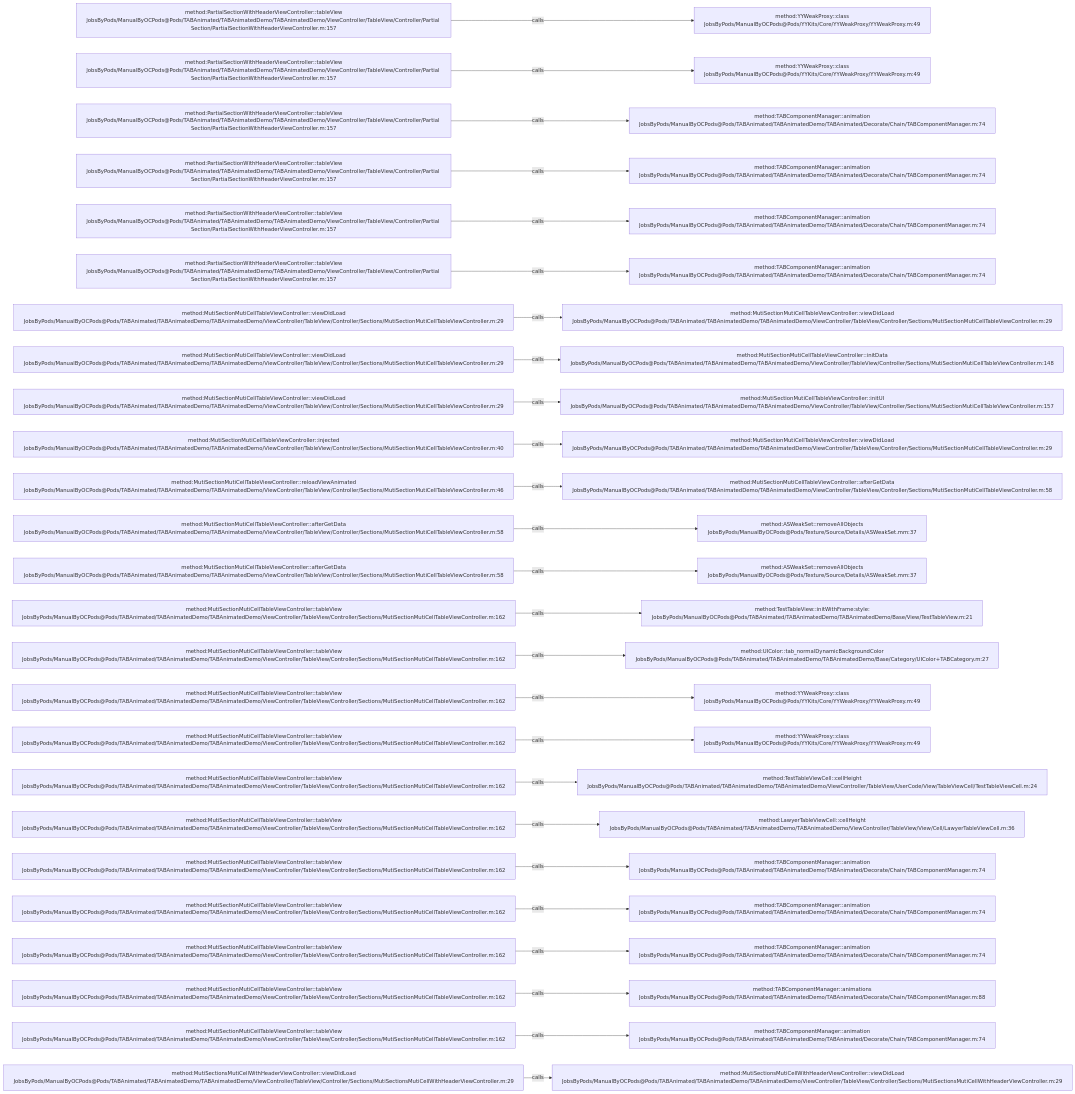
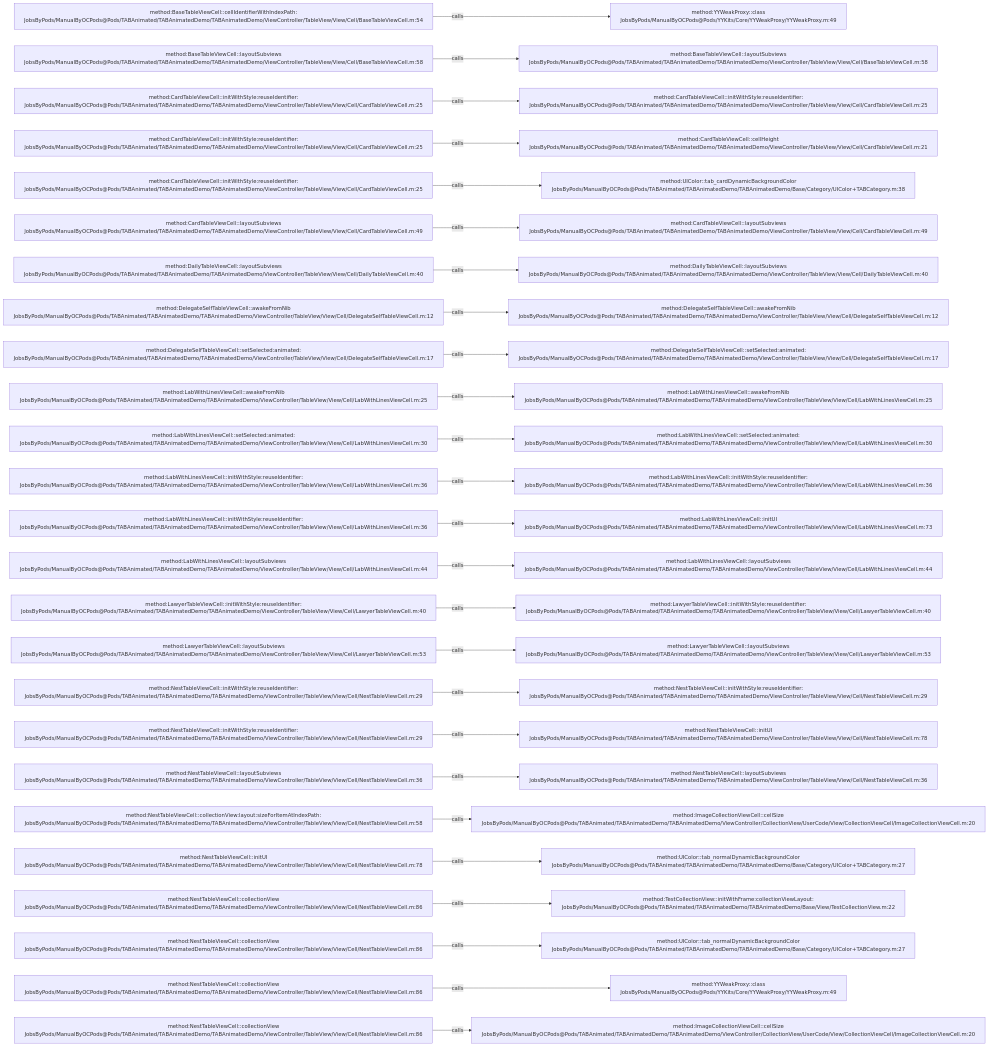
One commit to JobsKits/JobsOCBaseConfigDemo changed the diagram in .codegraph/codegraph.md/graphs/calls-069.md. Above: the diagram before and after it, drawn with Mermaid. The commit also changed 1223 other files, not shown here.

````diff
--- a/.codegraph/codegraph.md/graphs/calls-069.md
+++ b/.codegraph/codegraph.md/graphs/calls-069.md
@@ -13,78 +13,78 @@
 ```mermaid
 flowchart LR
-  S1["method:PartialSectionWithHeaderViewController::tableView<br/>JobsByPods/ManualByOCPods@Pods/TABAnimated/TABAnimatedDemo/TABAnimatedDemo/ViewController/TableView/Controller/Partial Section/PartialSectionWithHeaderViewController.m:157"]
+  S1["method:BaseTableViewCell::cellIdentifierWithIndexPath:<br/>JobsByPods/ManualByOCPods@Pods/TABAnimated/TABAnimatedDemo/TABAnimatedDemo/ViewController/TableView/View/Cell/BaseTableViewCell.m:54"]
   T1["method:YYWeakProxy::class<br/>JobsByPods/ManualByOCPods@Pods/YYKits/Core/YYWeakProxy/YYWeakProxy.m:49"]
   S1 -->|calls| T1
-  S2["method:PartialSectionWithHeaderViewController::tableView<br/>JobsByPods/ManualByOCPods@Pods/TABAnimated/TABAnimatedDemo/TABAnimatedDemo/ViewController/TableView/Controller/Partial Section/PartialSectionWithHeaderViewController.m:157"]
-  T2["method:YYWeakProxy::class<br/>JobsByPods/ManualByOCPods@Pods/YYKits/Core/YYWeakProxy/YYWeakProxy.m:49"]
+  S2["method:BaseTableViewCell::layoutSubviews<br/>JobsByPods/ManualByOCPods@Pods/TABAnimated/TABAnimatedDemo/TABAnimatedDemo/ViewController/TableView/View/Cell/BaseTableViewCell.m:58"]
+  T2["method:BaseTableViewCell::layoutSubviews<br/>JobsByPods/ManualByOCPods@Pods/TABAnimated/TABAnimatedDemo/TABAnimatedDemo/ViewController/TableView/View/Cell/BaseTableViewCell.m:58"]
   S2 -->|calls| T2
-  S3["method:PartialSectionWithHeaderViewController::tableView<br/>JobsByPods/ManualByOCPods@Pods/TABAnimated/TABAnimatedDemo/TABAnimatedDemo/ViewController/TableView/Controller/Partial Section/PartialSectionWithHeaderViewController.m:157"]
-  T3["method:TABComponentManager::animation<br/>JobsByPods/ManualByOCPods@Pods/TABAnimated/TABAnimatedDemo/TABAnimated/Decorate/Chain/TABComponentManager.m:74"]
+  S3["method:CardTableViewCell::initWithStyle:reuseIdentifier:<br/>JobsByPods/ManualByOCPods@Pods/TABAnimated/TABAnimatedDemo/TABAnimatedDemo/ViewController/TableView/View/Cell/CardTableViewCell.m:25"]
+  T3["method:CardTableViewCell::initWithStyle:reuseIdentifier:<br/>JobsByPods/ManualByOCPods@Pods/TABAnimated/TABAnimatedDemo/TABAnimatedDemo/ViewController/TableView/View/Cell/CardTableViewCell.m:25"]
   S3 -->|calls| T3
-  S4["method:PartialSectionWithHeaderViewController::tableView<br/>JobsByPods/ManualByOCPods@Pods/TABAnimated/TABAnimatedDemo/TABAnimatedDemo/ViewController/TableView/Controller/Partial Section/PartialSectionWithHeaderViewController.m:157"]
-  T4["method:TABComponentManager::animation<br/>JobsByPods/ManualByOCPods@Pods/TABAnimated/TABAnimatedDemo/TABAnimated/Decorate/Chain/TABComponentManager.m:74"]
+  S4["method:CardTableViewCell::initWithStyle:reuseIdentifier:<br/>JobsByPods/ManualByOCPods@Pods/TABAnimated/TABAnimatedDemo/TABAnimatedDemo/ViewController/TableView/View/Cell/CardTableViewCell.m:25"]
+  T4["method:CardTableViewCell::cellHeight<br/>JobsByPods/ManualByOCPods@Pods/TABAnimated/TABAnimatedDemo/TABAnimatedDemo/ViewController/TableView/View/Cell/CardTableViewCell.m:21"]
   S4 -->|calls| T4
-  S5["method:PartialSectionWithHeaderViewController::tableView<br/>JobsByPods/ManualByOCPods@Pods/TABAnimated/TABAnimatedDemo/TABAnimatedDemo/ViewController/TableView/Controller/Partial Section/PartialSectionWithHeaderViewController.m:157"]
-  T5["method:TABComponentManager::animation<br/>JobsByPods/ManualByOCPods@Pods/TABAnimated/TABAnimatedDemo/TABAnimated/Decorate/Chain/TABComponentManager.m:74"]
+  S5["method:CardTableViewCell::initWithStyle:reuseIdentifier:<br/>JobsByPods/ManualByOCPods@Pods/TABAnimated/TABAnimatedDemo/TABAnimatedDemo/ViewController/TableView/View/Cell/CardTableViewCell.m:25"]
+  T5["method:UIColor::tab_cardDynamicBackgroundColor<br/>JobsByPods/ManualByOCPods@Pods/TABAnimated/TABAnimatedDemo/TABAnimatedDemo/Base/Category/UIColor+TABCategory.m:38"]
   S5 -->|calls| T5
-  S6["method:PartialSectionWithHeaderViewController::tableView<br/>JobsByPods/ManualByOCPods@Pods/TABAnimated/TABAnimatedDemo/TABAnimatedDemo/ViewController/TableView/Controller/Partial Section/PartialSectionWithHeaderViewController.m:157"]
-  T6["method:TABComponentManager::animation<br/>JobsByPods/ManualByOCPods@Pods/TABAnimated/TABAnimatedDemo/TABAnimated/Decorate/Chain/TABComponentManager.m:74"]
+  S6["method:CardTableViewCell::layoutSubviews<br/>JobsByPods/ManualByOCPods@Pods/TABAnimated/TABAnimatedDemo/TABAnimatedDemo/ViewController/TableView/View/Cell/CardTableViewCell.m:49"]
+  T6["method:CardTableViewCell::layoutSubviews<br/>JobsByPods/ManualByOCPods@Pods/TABAnimated/TABAnimatedDemo/TABAnimatedDemo/ViewController/TableView/View/Cell/CardTableViewCell.m:49"]
   S6 -->|calls| T6
-  S7["method:MutiSectionMutiCellTableViewController::viewDidLoad<br/>JobsByPods/ManualByOCPods@Pods/TABAnimated/TABAnimatedDemo/TABAnimatedDemo/ViewController/TableView/Controller/Sections/MutiSectionMutiCellTableViewController.m:29"]
-  T7["method:MutiSectionMutiCellTableViewController::viewDidLoad<br/>JobsByPods/ManualByOCPods@Pods/TABAnimated/TABAnimatedDemo/TABAnimatedDemo/ViewController/TableView/Controller/Sections/MutiSectionMutiCellTableViewController.m:29"]
+  S7["method:DailyTableViewCell::layoutSubviews<br/>JobsByPods/ManualByOCPods@Pods/TABAnimated/TABAnimatedDemo/TABAnimatedDemo/ViewController/TableView/View/Cell/DailyTableViewCell.m:40"]
+  T7["method:DailyTableViewCell::layoutSubviews<br/>JobsByPods/ManualByOCPods@Pods/TABAnimated/TABAnimatedDemo/TABAnimatedDemo/ViewController/TableView/View/Cell/DailyTableViewCell.m:40"]
   S7 -->|calls| T7
-  S8["method:MutiSectionMutiCellTableViewController::viewDidLoad<br/>JobsByPods/ManualByOCPods@Pods/TABAnimated/TABAnimatedDemo/TABAnimatedDemo/ViewController/TableView/Controller/Sections/MutiSectionMutiCellTableViewController.m:29"]
-  T8["method:MutiSectionMutiCellTableViewController::initData<br/>JobsByPods/ManualByOCPods@Pods/TABAnimated/TABAnimatedDemo/TABAnimatedDemo/ViewController/TableView/Controller/Sections/MutiSectionMutiCellTableViewController.m:148"]
+  S8["method:DelegateSelfTableViewCell::awakeFromNib<br/>JobsByPods/ManualByOCPods@Pods/TABAnimated/TABAnimatedDemo/TABAnimatedDemo/ViewController/TableView/View/Cell/DelegateSelfTableViewCell.m:12"]
+  T8["method:DelegateSelfTableViewCell::awakeFromNib<br/>JobsByPods/ManualByOCPods@Pods/TABAnimated/TABAnimatedDemo/TABAnimatedDemo/ViewController/TableView/View/Cell/DelegateSelfTableViewCell.m:12"]
   S8 -->|calls| T8
-  S9["method:MutiSectionMutiCellTableViewController::viewDidLoad<br/>JobsByPods/ManualByOCPods@Pods/TABAnimated/TABAnimatedDemo/TABAnimatedDemo/ViewController/TableView/Controller/Sections/MutiSectionMutiCellTableViewController.m:29"]
-  T9["method:MutiSectionMutiCellTableViewController::initUI<br/>JobsByPods/ManualByOCPods@Pods/TABAnimated/TABAnimatedDemo/TABAnimatedDemo/ViewController/TableView/Controller/Sections/MutiSectionMutiCellTableViewController.m:157"]
+  S9["method:DelegateSelfTableViewCell::setSelected:animated:<br/>JobsByPods/ManualByOCPods@Pods/TABAnimated/TABAnimatedDemo/TABAnimatedDemo/ViewController/TableView/View/Cell/DelegateSelfTableViewCell.m:17"]
+  T9["method:DelegateSelfTableViewCell::setSelected:animated:<br/>JobsByPods/ManualByOCPods@Pods/TABAnimated/TABAnimatedDemo/TABAnimatedDemo/ViewController/TableView/View/Cell/DelegateSelfTableViewCell.m:17"]
   S9 -->|calls| T9
-  S10["method:MutiSectionMutiCellTableViewController::injected<br/>JobsByPods/ManualByOCPods@Pods/TABAnimated/TABAnimatedDemo/TABAnimatedDemo/ViewController/TableView/Controller/Sections/MutiSectionMutiCellTableViewController.m:40"]
-  T10["method:MutiSectionMutiCellTableViewController::viewDidLoad<br/>JobsByPods/ManualByOCPods@Pods/TABAnimated/TABAnimatedDemo/TABAnimatedDemo/ViewController/TableView/Controller/Sections/MutiSectionMutiCellTableViewController.m:29"]
+  S10["method:LabWithLinesViewCell::awakeFromNib<br/>JobsByPods/ManualByOCPods@Pods/TABAnimated/TABAnimatedDemo/TABAnimatedDemo/ViewController/TableView/View/Cell/LabWithLinesViewCell.m:25"]
+  T10["method:LabWithLinesViewCell::awakeFromNib<br/>JobsByPods/ManualByOCPods@Pods/TABAnimated/TABAnimatedDemo/TABAnimatedDemo/ViewController/TableView/View/Cell/LabWithLinesViewCell.m:25"]
   S10 -->|calls| T10
-  S11["method:MutiSectionMutiCellTableViewController::reloadViewAnimated<br/>JobsByPods/ManualByOCPods@Pods/TABAnimated/TABAnimatedDemo/TABAnimatedDemo/ViewController/TableView/Controller/Sections/MutiSectionMutiCellTableViewController.m:46"]
-  T11["method:MutiSectionMutiCellTableViewController::afterGetData<br/>JobsByPods/ManualByOCPods@Pods/TABAnimated/TABAnimatedDemo/TABAnimatedDemo/ViewController/TableView/Controller/Sections/MutiSectionMutiCellTableViewController.m:58"]
+  S11["method:LabWithLinesViewCell::setSelected:animated:<br/>JobsByPods/ManualByOCPods@Pods/TABAnimated/TABAnimatedDemo/TABAnimatedDemo/ViewController/TableView/View/Cell/LabWithLinesViewCell.m:30"]
+  T11["method:LabWithLinesViewCell::setSelected:animated:<br/>JobsByPods/ManualByOCPods@Pods/TABAnimated/TABAnimatedDemo/TABAnimatedDemo/ViewController/TableView/View/Cell/LabWithLinesViewCell.m:30"]
   S11 -->|calls| T11
-  S12["method:MutiSectionMutiCellTableViewController::afterGetData<br/>JobsByPods/ManualByOCPods@Pods/TABAnimated/TABAnimatedDemo/TABAnimatedDemo/ViewController/TableView/Controller/Sections/MutiSectionMutiCellTableViewController.m:58"]
-  T12["method:ASWeakSet::removeAllObjects<br/>JobsByPods/ManualByOCPods@Pods/Texture/Source/Details/ASWeakSet.mm:37"]
+  S12["method:LabWithLinesViewCell::initWithStyle:reuseIdentifier:<br/>JobsByPods/ManualByOCPods@Pods/TABAnimated/TABAnimatedDemo/TABAnimatedDemo/ViewController/TableView/View/Cell/LabWithLinesViewCell.m:36"]
+  T12["method:LabWithLinesViewCell::initWithStyle:reuseIdentifier:<br/>JobsByPods/ManualByOCPods@Pods/TABAnimated/TABAnimatedDemo/TABAnimatedDemo/ViewController/TableView/View/Cell/LabWithLinesViewCell.m:36"]
   S12 -->|calls| T12
-  S13["method:MutiSectionMutiCellTableViewController::afterGetData<br/>JobsByPods/ManualByOCPods@Pods/TABAnimated/TABAnimatedDemo/TABAnimatedDemo/ViewController/TableView/Controller/Sections/MutiSectionMutiCellTableViewController.m:58"]
-  T13["method:ASWeakSet::removeAllObjects<br/>JobsByPods/ManualByOCPods@Pods/Texture/Source/Details/ASWeakSet.mm:37"]
+  S13["method:LabWithLinesViewCell::initWithStyle:reuseIdentifier:<br/>JobsByPods/ManualByOCPods@Pods/TABAnimated/TABAnimatedDemo/TABAnimatedDemo/ViewController/TableView/View/Cell/LabWithLinesViewCell.m:36"]
+  T13["method:LabWithLinesViewCell::initUI<br/>JobsByPods/ManualByOCPods@Pods/TABAnimated/TABAnimatedDemo/TABAnimatedDemo/ViewController/TableView/View/Cell/LabWithLinesViewCell.m:73"]
   S13 -->|calls| T13
-  S14["method:MutiSectionMutiCellTableViewController::tableView<br/>JobsByPods/ManualByOCPods@Pods/TABAnimated/TABAnimatedDemo/TABAnimatedDemo/ViewController/TableView/Controller/Sections/MutiSectionMutiCellTableViewController.m:162"]
-  T14["method:TestTableView::initWithFrame:style:<br/>JobsByPods/ManualByOCPods@Pods/TABAnimated/TABAnimatedDemo/TABAnimatedDemo/Base/View/TestTableView.m:21"]
+  S14["method:LabWithLinesViewCell::layoutSubviews<br/>JobsByPods/ManualByOCPods@Pods/TABAnimated/TABAnimatedDemo/TABAnimatedDemo/ViewController/TableView/View/Cell/LabWithLinesViewCell.m:44"]
+  T14["method:LabWithLinesViewCell::layoutSubviews<br/>JobsByPods/ManualByOCPods@Pods/TABAnimated/TABAnimatedDemo/TABAnimatedDemo/ViewController/TableView/View/Cell/LabWithLinesViewCell.m:44"]
   S14 -->|calls| T14
-  S15["method:MutiSectionMutiCellTableViewController::tableView<br/>JobsByPods/ManualByOCPods@Pods/TABAnimated/TABAnimatedDemo/TABAnimatedDemo/ViewController/TableView/Controller/Sections/MutiSectionMutiCellTableViewController.m:162"]
-  T15["method:UIColor::tab_normalDynamicBackgroundColor<br/>JobsByPods/ManualByOCPods@Pods/TABAnimated/TABAnimatedDemo/TABAnimatedDemo/Base/Category/UIColor+TABCategory.m:27"]
+  S15["method:LawyerTableViewCell::initWithStyle:reuseIdentifier:<br/>JobsByPods/ManualByOCPods@Pods/TABAnimated/TABAnimatedDemo/TABAnimatedDemo/ViewController/TableView/View/Cell/LawyerTableViewCell.m:40"]
+  T15["method:LawyerTableViewCell::initWithStyle:reuseIdentifier:<br/>JobsByPods/ManualByOCPods@Pods/TABAnimated/TABAnimatedDemo/TABAnimatedDemo/ViewController/TableView/View/Cell/LawyerTableViewCell.m:40"]
   S15 -->|calls| T15
-  S16["method:MutiSectionMutiCellTableViewController::tableView<br/>JobsByPods/ManualByOCPods@Pods/TABAnimated/TABAnimatedDemo/TABAnimatedDemo/ViewController/TableView/Controller/Sections/MutiSectionMutiCellTableViewController.m:162"]
-  T16["method:YYWeakProxy::class<br/>JobsByPods/ManualByOCPods@Pods/YYKits/Core/YYWeakProxy/YYWeakProxy.m:49"]
+  S16["method:LawyerTableViewCell::layoutSubviews<br/>JobsByPods/ManualByOCPods@Pods/TABAnimated/TABAnimatedDemo/TABAnimatedDemo/ViewController/TableView/View/Cell/LawyerTableViewCell.m:53"]
+  T16["method:LawyerTableViewCell::layoutSubviews<br/>JobsByPods/ManualByOCPods@Pods/TABAnimated/TABAnimatedDemo/TABAnimatedDemo/ViewController/TableView/View/Cell/LawyerTableViewCell.m:53"]
   S16 -->|calls| T16
-  S17["method:MutiSectionMutiCellTableViewController::tableView<br/>JobsByPods/ManualByOCPods@Pods/TABAnimated/TABAnimatedDemo/TABAnimatedDemo/ViewController/TableView/Controller/Sections/MutiSectionMutiCellTableViewController.m:162"]
-  T17["method:YYWeakProxy::class<br/>JobsByPods/ManualByOCPods@Pods/YYKits/Core/YYWeakProxy/YYWeakProxy.m:49"]
+  S17["method:NestTableViewCell::initWithStyle:reuseIdentifier:<br/>JobsByPods/ManualByOCPods@Pods/TABAnimated/TABAnimatedDemo/TABAnimatedDemo/ViewController/TableView/View/Cell/NestTableViewCell.m:29"]
+  T17["method:NestTableViewCell::initWithStyle:reuseIdentifier:<br/>JobsByPods/ManualByOCPods@Pods/TABAnimated/TABAnimatedDemo/TABAnimatedDemo/ViewController/TableView/View/Cell/NestTableViewCell.m:29"]
   S17 -->|calls| T17
-  S18["method:MutiSectionMutiCellTableViewController::tableView<br/>JobsByPods/ManualByOCPods@Pods/TABAnimated/TABAnimatedDemo/TABAnimatedDemo/ViewController/TableView/Controller/Sections/MutiSectionMutiCellTableViewController.m:162"]
-  T18["method:TestTableViewCell::cellHeight<br/>JobsByPods/ManualByOCPods@Pods/TABAnimated/TABAnimatedDemo/TABAnimatedDemo/ViewController/TableView/UserCode/View/TableViewCell/TestTableViewCell.m:24"]
+  S18["method:NestTableViewCell::initWithStyle:reuseIdentifier:<br/>JobsByPods/ManualByOCPods@Pods/TABAnimated/TABAnimatedDemo/TABAnimatedDemo/ViewController/TableView/View/Cell/NestTableViewCell.m:29"]
+  T18["method:NestTableViewCell::initUI<br/>JobsByPods/ManualByOCPods@Pods/TABAnimated/TABAnimatedDemo/TABAnimatedDemo/ViewController/TableView/View/Cell/NestTableViewCell.m:78"]
   S18 -->|calls| T18
-  S19["method:MutiSectionMutiCellTableViewController::tableView<br/>JobsByPods/ManualByOCPods@Pods/TABAnimated/TABAnimatedDemo/TABAnimatedDemo/ViewController/TableView/Controller/Sections/MutiSectionMutiCellTableViewController.m:162"]
-  T19["method:LawyerTableViewCell::cellHeight<br/>JobsByPods/ManualByOCPods@Pods/TABAnimated/TABAnimatedDemo/TABAnimatedDemo/ViewController/TableView/View/Cell/LawyerTableViewCell.m:36"]
+  S19["method:NestTableViewCell::layoutSubviews<br/>JobsByPods/ManualByOCPods@Pods/TABAnimated/TABAnimatedDemo/TABAnimatedDemo/ViewController/TableView/View/Cell/NestTableViewCell.m:36"]
+  T19["method:NestTableViewCell::layoutSubviews<br/>JobsByPods/ManualByOCPods@Pods/TABAnimated/TABAnimatedDemo/TABAnimatedDemo/ViewController/TableView/View/Cell/NestTableViewCell.m:36"]
   S19 -->|calls| T19
-  S20["method:MutiSectionMutiCellTableViewController::tableView<br/>JobsByPods/ManualByOCPods@Pods/TABAnimated/TABAnimatedDemo/TABAnimatedDemo/ViewController/TableView/Controller/Sections/MutiSectionMutiCellTableViewController.m:162"]
-  T20["method:TABComponentManager::animation<br/>JobsByPods/ManualByOCPods@Pods/TABAnimated/TABAnimatedDemo/TABAnimated/Decorate/Chain/TABComponentManager.m:74"]
+  S20["method:NestTableViewCell::collectionView:layout:sizeForItemAtIndexPath:<br/>JobsByPods/ManualByOCPods@Pods/TABAnimated/TABAnimatedDemo/TABAnimatedDemo/ViewController/TableView/View/Cell/NestTableViewCell.m:58"]
+  T20["method:ImageCollectionViewCell::cellSize<br/>JobsByPods/ManualByOCPods@Pods/TABAnimated/TABAnimatedDemo/TABAnimatedDemo/ViewController/CollectionView/UserCode/View/CollectionViewCell/ImageCollectionViewCell.m:20"]
   S20 -->|calls| T20
-  S21["method:MutiSectionMutiCellTableViewController::tableView<br/>JobsByPods/ManualByOCPods@Pods/TABAnimated/TABAnimatedDemo/TABAnimatedDemo/ViewController/TableView/Controller/Sections/MutiSectionMutiCellTableViewController.m:162"]
-  T21["method:TABComponentManager::animation<br/>JobsByPods/ManualByOCPods@Pods/TABAnimated/TABAnimatedDemo/TABAnimated/Decorate/Chain/TABComponentManager.m:74"]
+  S21["method:NestTableViewCell::initUI<br/>JobsByPods/ManualByOCPods@Pods/TABAnimated/TABAnimatedDemo/TABAnimatedDemo/ViewController/TableView/View/Cell/NestTableViewCell.m:78"]
+  T21["method:UIColor::tab_normalDynamicBackgroundColor<br/>JobsByPods/ManualByOCPods@Pods/TABAnimated/TABAnimatedDemo/TABAnimatedDemo/Base/Category/UIColor+TABCategory.m:27"]
   S21 -->|calls| T21
-  S22["method:MutiSectionMutiCellTableViewController::tableView<br/>JobsByPods/ManualByOCPods@Pods/TABAnimated/TABAnimatedDemo/TABAnimatedDemo/ViewController/TableView/Controller/Sections/MutiSectionMutiCellTableViewController.m:162"]
-  T22["method:TABComponentManager::animation<br/>JobsByPods/ManualByOCPods@Pods/TABAnimated/TABAnimatedDemo/TABAnimated/Decorate/Chain/TABComponentManager.m:74"]
+  S22["method:NestTableViewCell::collectionView<br/>JobsByPods/ManualByOCPods@Pods/TABAnimated/TABAnimatedDemo/TABAnimatedDemo/ViewController/TableView/View/Cell/NestTableViewCell.m:86"]
+  T22["method:TestCollectionView::initWithFrame:collectionViewLayout:<br/>JobsByPods/ManualByOCPods@Pods/TABAnimated/TABAnimatedDemo/TABAnimatedDemo/Base/View/TestCollectionView.m:22"]
   S22 -->|calls| T22
-  S23["method:MutiSectionMutiCellTableViewController::tableView<br/>JobsByPods/ManualByOCPods@Pods/TABAnimated/TABAnimatedDemo/TABAnimatedDemo/ViewController/TableView/Controller/Sections/MutiSectionMutiCellTableViewController.m:162"]
-  T23["method:TABComponentManager::animations<br/>JobsByPods/ManualByOCPods@Pods/TABAnimated/TABAnimatedDemo/TABAnimated/Decorate/Chain/TABComponentManager.m:88"]
+  S23["method:NestTableViewCell::collectionView<br/>JobsByPods/ManualByOCPods@Pods/TABAnimated/TABAnimatedDemo/TABAnimatedDemo/ViewController/TableView/View/Cell/NestTableViewCell.m:86"]
+  T23["method:UIColor::tab_normalDynamicBackgroundColor<br/>JobsByPods/ManualByOCPods@Pods/TABAnimated/TABAnimatedDemo/TABAnimatedDemo/Base/Category/UIColor+TABCategory.m:27"]
   S23 -->|calls| T23
-  S24["method:MutiSectionMutiCellTableViewController::tableView<br/>JobsByPods/ManualByOCPods@Pods/TABAnimated/TABAnimatedDemo/TABAnimatedDemo/ViewController/TableView/Controller/Sections/MutiSectionMutiCellTableViewController.m:162"]
-  T24["method:TABComponentManager::animation<br/>JobsByPods/ManualByOCPods@Pods/TABAnimated/TABAnimatedDemo/TABAnimated/Decorate/Chain/TABComponentManager.m:74"]
+  S24["method:NestTableViewCell::collectionView<br/>JobsByPods/ManualByOCPods@Pods/TABAnimated/TABAnimatedDemo/TABAnimatedDemo/ViewController/TableView/View/Cell/NestTableViewCell.m:86"]
+  T24["method:YYWeakProxy::class<br/>JobsByPods/ManualByOCPods@Pods/YYKits/Core/YYWeakProxy/YYWeakProxy.m:49"]
   S24 -->|calls| T24
-  S25["method:MutiSectionsMutiCellWithHeaderViewController::viewDidLoad<br/>JobsByPods/ManualByOCPods@Pods/TABAnimated/TABAnimatedDemo/TABAnimatedDemo/ViewController/TableView/Controller/Sections/MutiSectionsMutiCellWithHeaderViewController.m:29"]
-  T25["method:MutiSectionsMutiCellWithHeaderViewController::viewDidLoad<br/>JobsByPods/ManualByOCPods@Pods/TABAnimated/TABAnimatedDemo/TABAnimatedDemo/ViewController/TableView/Controller/Sections/MutiSectionsMutiCellWithHeaderViewController.m:29"]
+  S25["method:NestTableViewCell::collectionView<br/>JobsByPods/ManualByOCPods@Pods/TABAnimated/TABAnimatedDemo/TABAnimatedDemo/ViewController/TableView/View/Cell/NestTableViewCell.m:86"]
+  T25["method:ImageCollectionViewCell::cellSize<br/>JobsByPods/ManualByOCPods@Pods/TABAnimated/TABAnimatedDemo/TABAnimatedDemo/ViewController/CollectionView/UserCode/View/CollectionViewCell/ImageCollectionViewCell.m:20"]
   S25 -->|calls| T25
 ```
````
